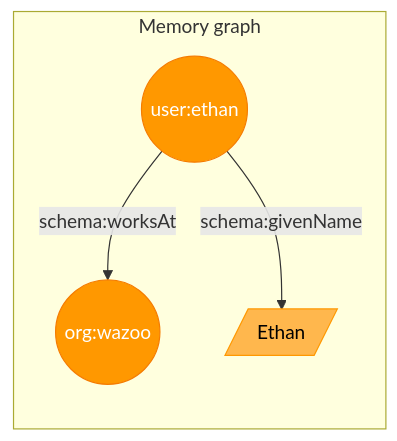
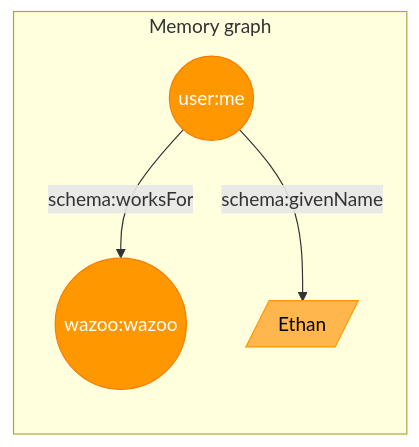
One commit to wazootech/worlds changed the third of 3 diagrams in packages/docs/worlds/index.mdx. Above: the diagram before and after it, drawn with Mermaid. The commit also changed other lines of this file and 5 other files, not shown here.

Commit message:
docs: satisfy Rule 61 and align with schema:worksFor

````diff
--- a/packages/docs/worlds/index.mdx
+++ b/packages/docs/worlds/index.mdx
@@ -103,10 +103,10 @@
 ```mermaid
 graph LR
     subgraph "Memory graph"
-    A((user:ethan)) -->|schema:worksAt| B((org:wazoo))
+    A((user:me)) -->|schema:worksFor| B((wazoo:wazoo))
     A -->|schema:givenName| C[/"Ethan"/]
     end
     style A fill:#FF9800,stroke:#F57C00,color:#fff
     style B fill:#FF9800,stroke:#F57C00,color:#fff
     style C fill:#FFB74D,stroke:#FF9800,color:#000
 ```
````
